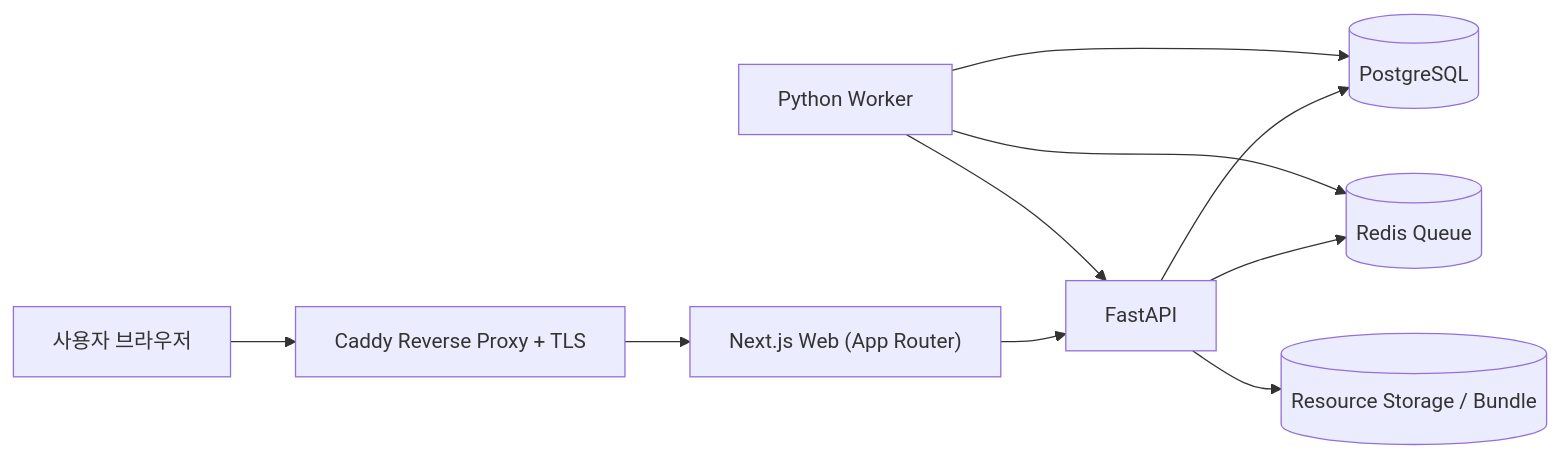
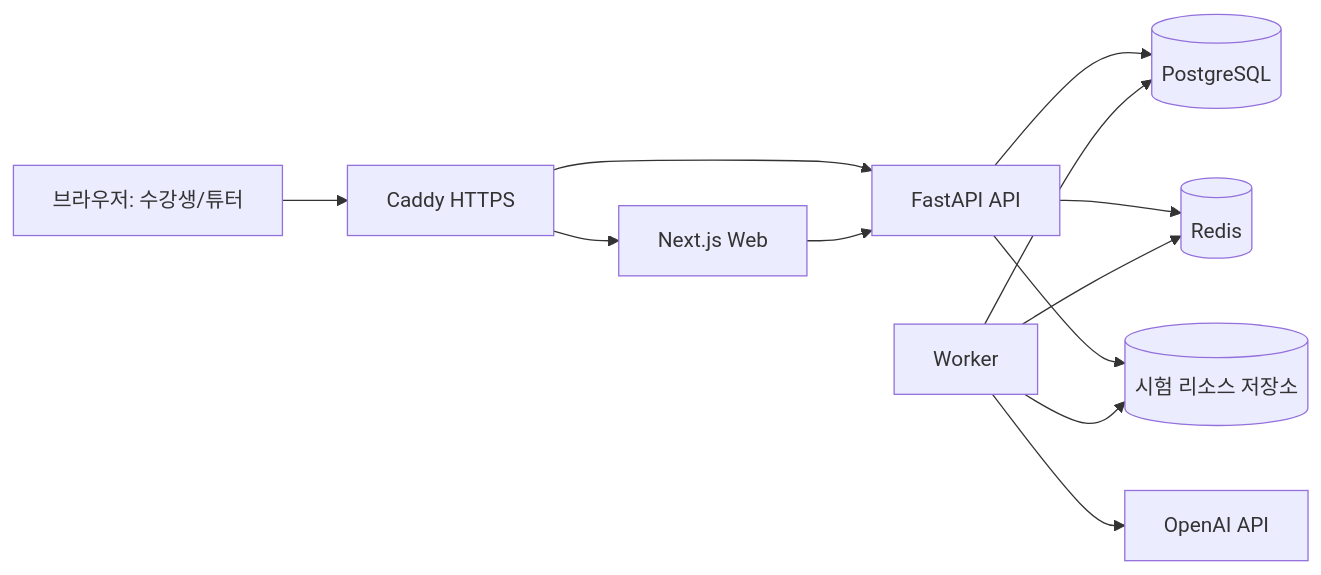
One commit to JunSeokCheon/qa-lab changed the diagram in project-overview-notion.md. Above: the diagram before and after it, drawn with Mermaid. The commit also changed other lines of this file, not shown here.

````diff
--- a/project-overview-notion.md
+++ b/project-overview-notion.md
@@ -73,12 +86,24 @@
 ```mermaid
 flowchart LR
-  U["사용자 브라우저"] --> CADDY["Caddy Reverse Proxy + TLS"]
-  CADDY --> WEB["Next.js Web (App Router)"]
-  WEB --> API["FastAPI"]
-  API --> PG[("PostgreSQL")]
-  API --> RQ[("Redis Queue")]
-  WORKER["Python Worker"] --> RQ
-  WORKER --> API
-  WORKER --> PG
-  API --> FS[("Resource Storage / Bundle")]
+  U[브라우저: 수강생/튜터]
+  C[Caddy HTTPS]
+  W[Next.js Web]
+  A[FastAPI API]
+  P[(PostgreSQL)]
+  R[(Redis)]
+  Q[Worker]
+  O[OpenAI API]
+  F[(시험 리소스 저장소)]
+
+  U --> C
+  C --> W
+  C --> A
+  W --> A
+  A --> P
+  A --> R
+  A --> F
+  Q --> R
+  Q --> P
+  Q --> O
+  Q --> F
 ```
````
